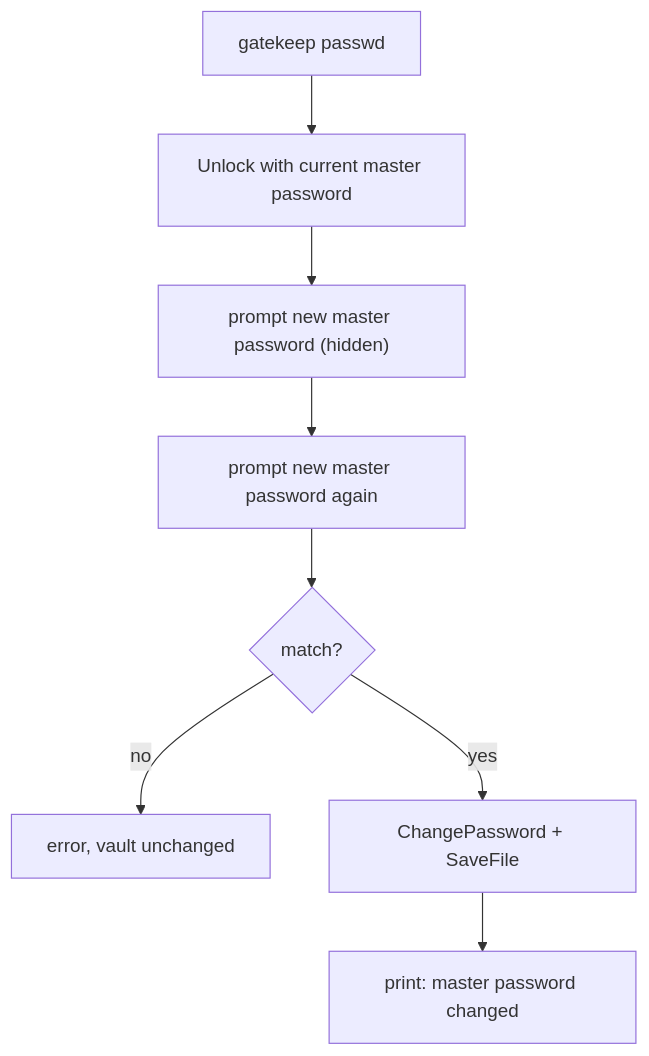
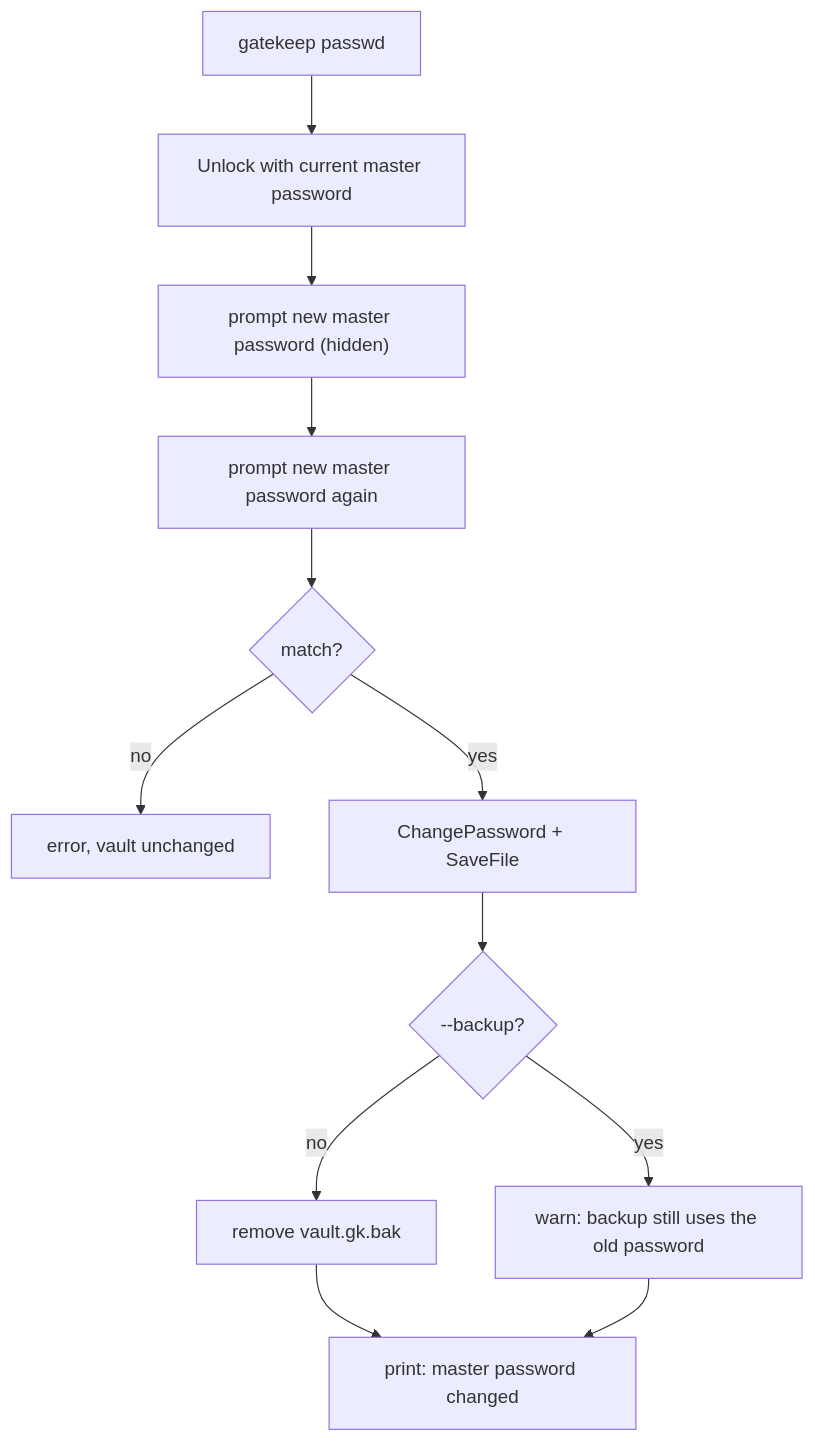
Before and after one commit to nxkh4ng/gatekeep: the ninth of 10 diagrams in cmd/FLOWS.md, drawn with Mermaid. The commit also changed 2 other files, not shown here.

Commit message:
feat(cli): delete the old-password backup after passwd
- remove vault.gk.bak once the new vault is saved, so the old master
password no longer opens a leftover copy
- add --backup for users who want the previous version and warn that it
still uses the old password
- warn instead of failing when the backup cannot be removed
- test the default removal, the opt-in backup, and old-password access
- document the backup step in the passwd flow

````diff
--- a/cmd/FLOWS.md
+++ b/cmd/FLOWS.md
@@ -142,10 +142,14 @@
 ```mermaid
 flowchart TD
     A["gatekeep passwd"] --> B["Unlock with current master password"]
     B --> C["prompt new master password (hidden)"]
     C --> D["prompt new master password again"]
     D --> E{"match?"}
     E -->|no| X["error, vault unchanged"]
     E -->|yes| F["ChangePassword + SaveFile"]
-    F --> G["print: master password changed"]
+    F --> K{"--backup?"}
+    K -->|no| R["remove vault.gk.bak"]
+    K -->|yes| W["warn: backup still uses the old password"]
+    R --> G["print: master password changed"]
+    W --> G
 ```
````
